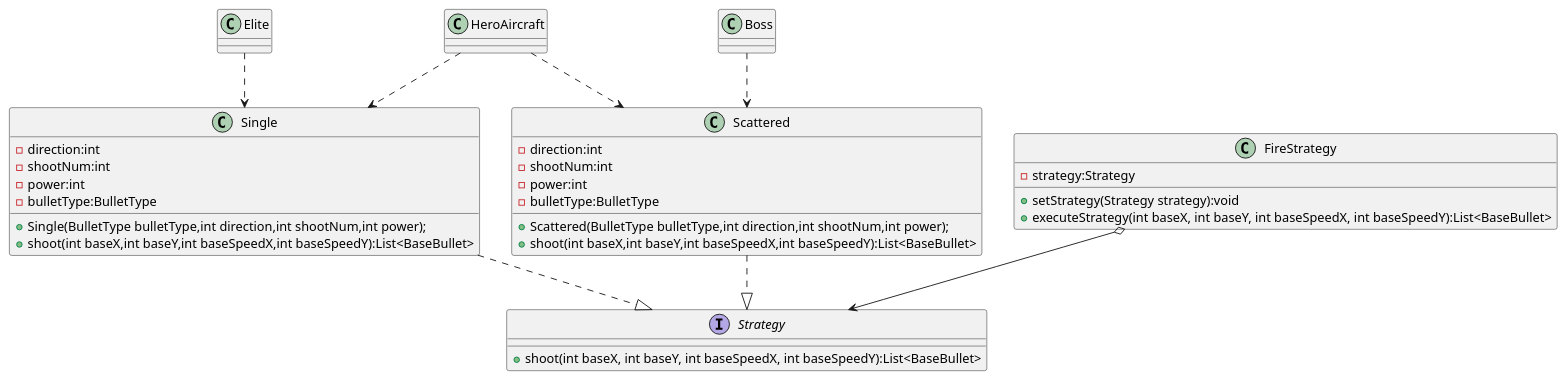
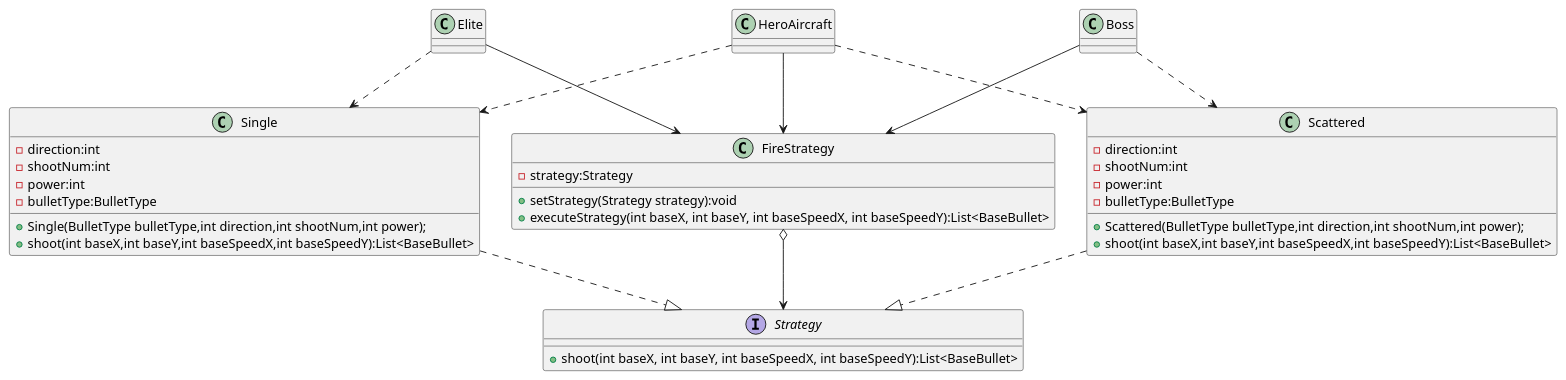
Before and after one commit to HopleViorn/AircraftWar: the diagram in uml/Strategy.puml, drawn with PlantUML. The commit also changed 1 other file, not shown here.

```diff
--- a/uml/Strategy.puml
+++ b/uml/Strategy.puml
@@ -1,40 +1,43 @@
 @startuml
 'https://plantuml.com/class-diagram
 
 interface Strategy{
     +shoot(int baseX, int baseY, int baseSpeedX, int baseSpeedY):List<BaseBullet>
 }
 Single ..|> Strategy
 class Single{
     -direction:int
     -shootNum:int
     -power:int
     -bulletType:BulletType
     +Single(BulletType bulletType,int direction,int shootNum,int power);
     +shoot(int baseX,int baseY,int baseSpeedX,int baseSpeedY):List<BaseBullet>
 }
 Scattered ..|> Strategy
 class Scattered{
     -direction:int
     -shootNum:int
     -power:int
     -bulletType:BulletType
     +Scattered(BulletType bulletType,int direction,int shootNum,int power);
     +shoot(int baseX,int baseY,int baseSpeedX,int baseSpeedY):List<BaseBullet>
 }
 
 FireStrategy o-->Strategy
 class FireStrategy{
     -strategy:Strategy
     +setStrategy(Strategy strategy):void
     +executeStrategy(int baseX, int baseY, int baseSpeedX, int baseSpeedY):List<BaseBullet>
 
 }
 
 HeroAircraft..>Single
 HeroAircraft..>Scattered
+HeroAircraft-->FireStrategy
 Elite..>Single
+Elite-->FireStrategy
 Boss..>Scattered
+Boss-->FireStrategy
 
 
 @enduml
```
